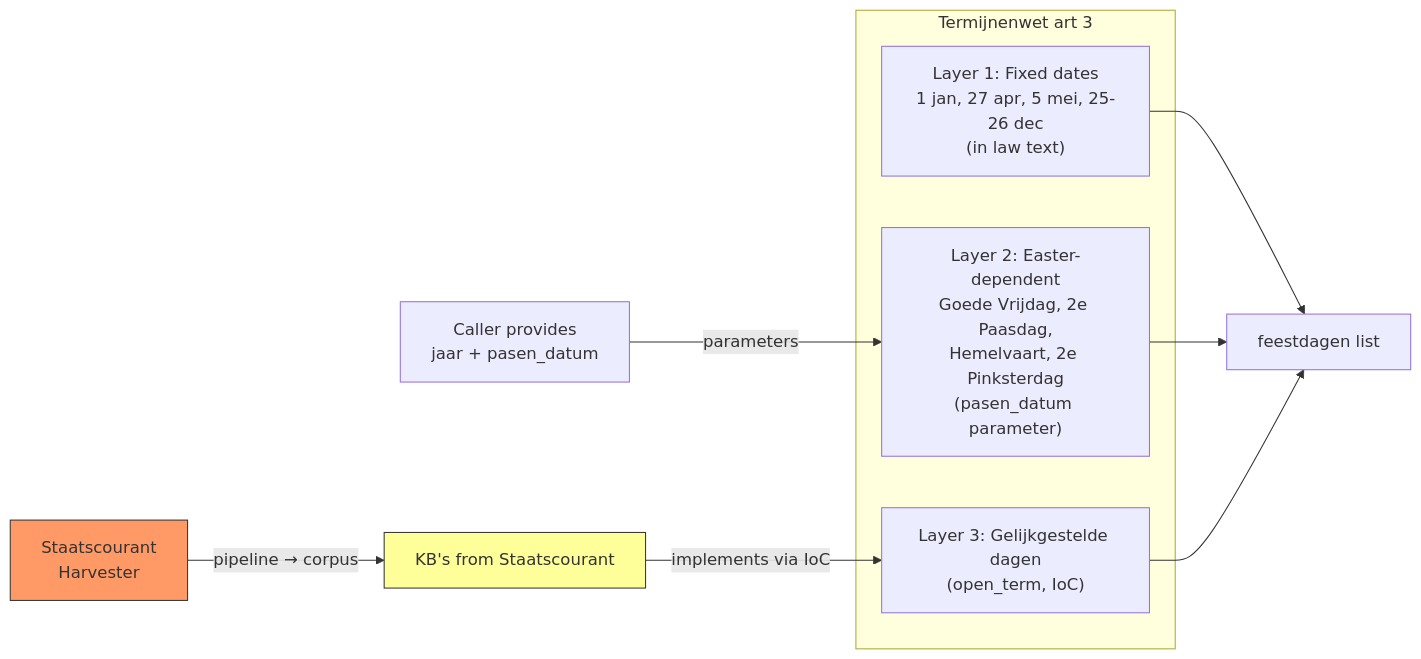
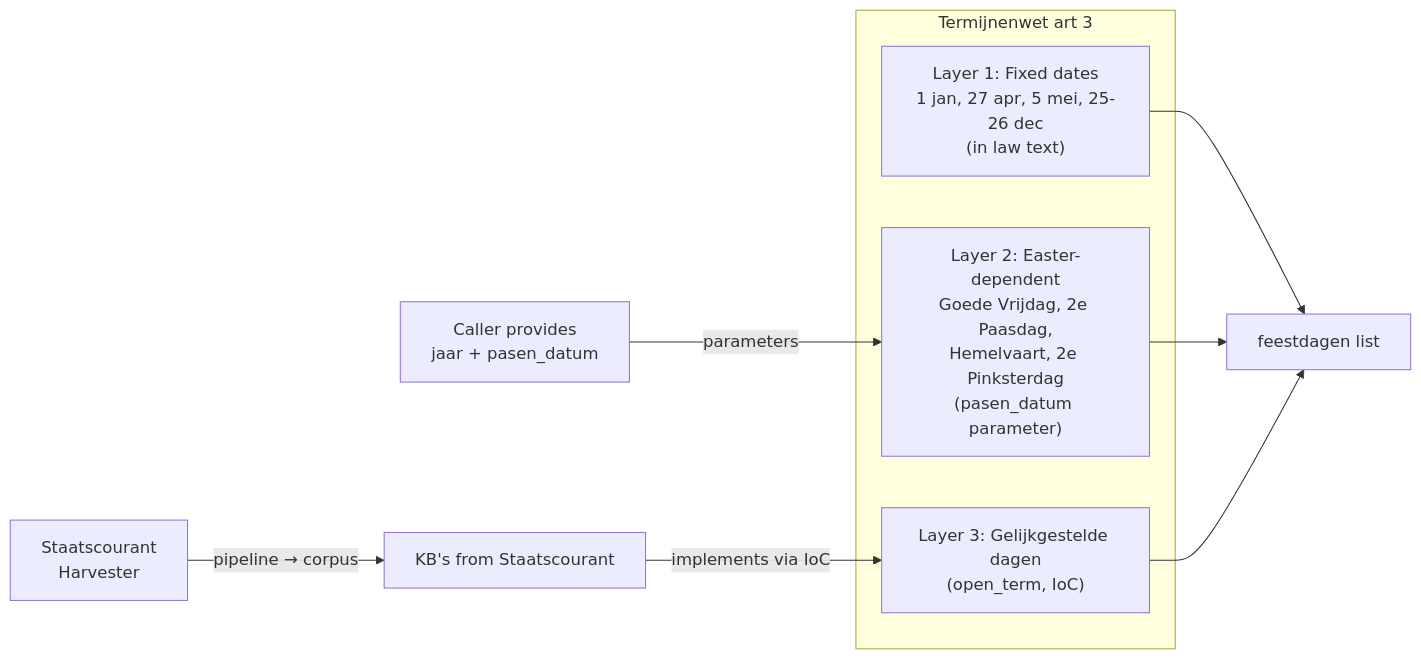
The second of 4 diagrams in docs/src/content/rfcs/rfc-007.md (MinBZK/regelrecht), drawn with Mermaid before and after one commit. The commit also changed other lines of this file and 5 other files, not shown here.

First line of the commit message:
feat(docs): mermaid-diagrammen in NLDD-stijl met dark/light-mode

````diff
--- a/docs/src/content/rfcs/rfc-007.md
+++ b/docs/src/content/rfcs/rfc-007.md
@@ -237,19 +235,17 @@
 ```mermaid
 graph LR
     subgraph "Termijnenwet art 3"
         L1["Layer 1: Fixed dates\n1 jan, 27 apr, 5 mei, 25-26 dec\n(in law text)"]
         L2["Layer 2: Easter-dependent\nGoede Vrijdag, 2e Paasdag,\nHemelvaart, 2e Pinksterdag\n(pasen_datum parameter)"]
         L3["Layer 3: Gelijkgestelde dagen\n(open_term, IoC)"]
     end
 
     KB["KB's from Staatscourant"] -->|"implements via IoC"| L3
     Caller["Caller provides\njaar + pasen_datum"] -->|parameters| L2
     Harvester["Staatscourant\nHarvester"] -->|"pipeline → corpus"| KB
 
     L1 --> M["feestdagen list"]
     L2 --> M
     L3 --> M
 
-    style KB fill:#ff9,stroke:#333
-    style Harvester fill:#f96,stroke:#333
 ```
````
